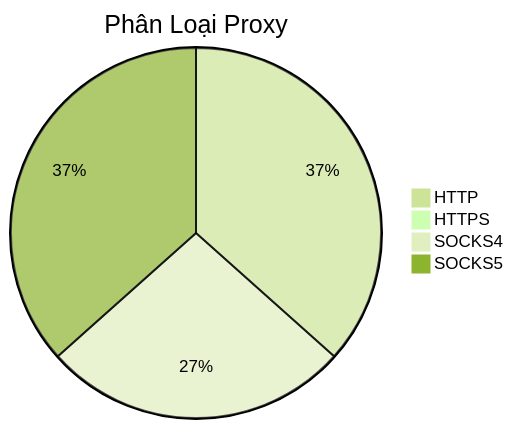
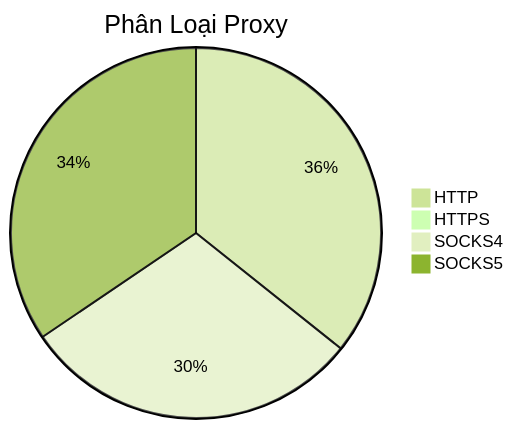
One commit to Ciara-12/PROXY-free changed the diagram in README.md. Above: the diagram before and after it, drawn with Mermaid (forest theme). The commit also changed other lines of this file and 3 other files, not shown here.

````diff
--- a/README.md
+++ b/README.md
@@ -26,7 +26,7 @@
 ```mermaid
 pie title Phân Loại Proxy
-    "HTTP" : 624
+    "HTTP" : 575
     "HTTPS" : 0
-    "SOCKS4" : 457
-    "SOCKS5" : 624
+    "SOCKS4" : 480
+    "SOCKS5" : 555
 ```
````
